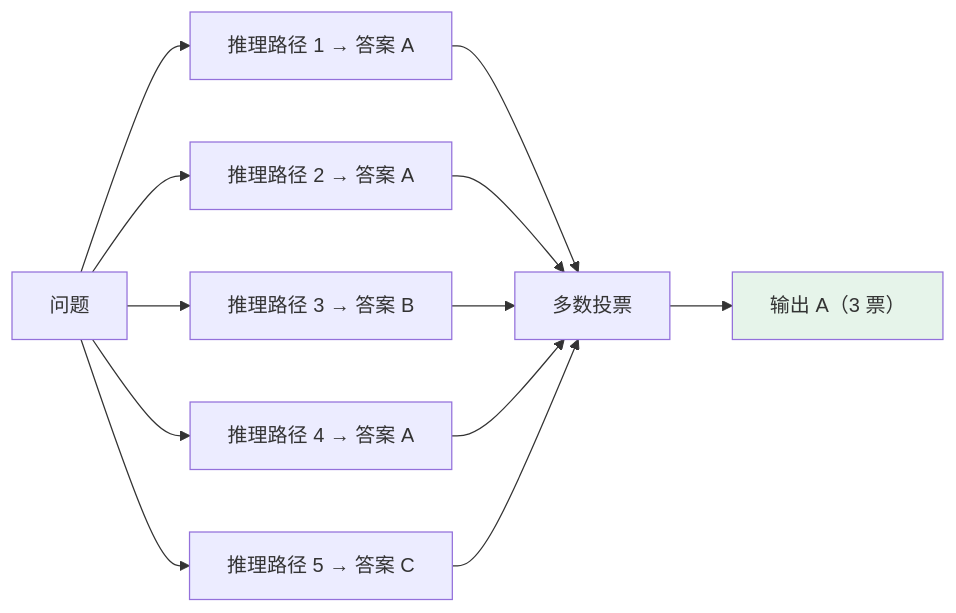
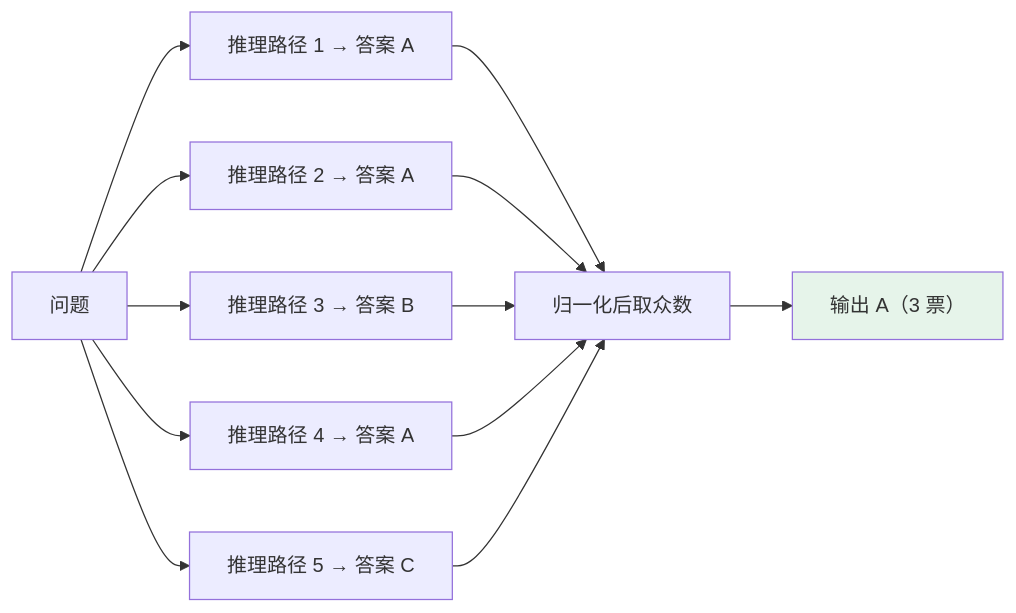
Before and after one commit to oneleaveknowsthefall/awesome-ai-roadmap: the second of 2 diagrams in docs/llm/04-prompt-reliability/17-cot.md, drawn with Mermaid. The commit also changed other lines of this file and 45 other files, not shown here.

````diff
--- a/docs/llm/04-prompt-reliability/17-cot.md
+++ b/docs/llm/04-prompt-reliability/17-cot.md
@@ -74,16 +88,16 @@
 ```mermaid
 flowchart LR
     Q["问题"] --> P1["推理路径 1 → 答案 A"]
     Q --> P2["推理路径 2 → 答案 A"]
     Q --> P3["推理路径 3 → 答案 B"]
     Q --> P4["推理路径 4 → 答案 A"]
     Q --> P5["推理路径 5 → 答案 C"]
-    P1 --> V["多数投票"]
+    P1 --> V["归一化后取众数"]
     P2 --> V
     P3 --> V
     P4 --> V
     P5 --> V
     V --> O["输出 A（3 票）"]
 
     style O fill:#e6f4ea
 ```
````
